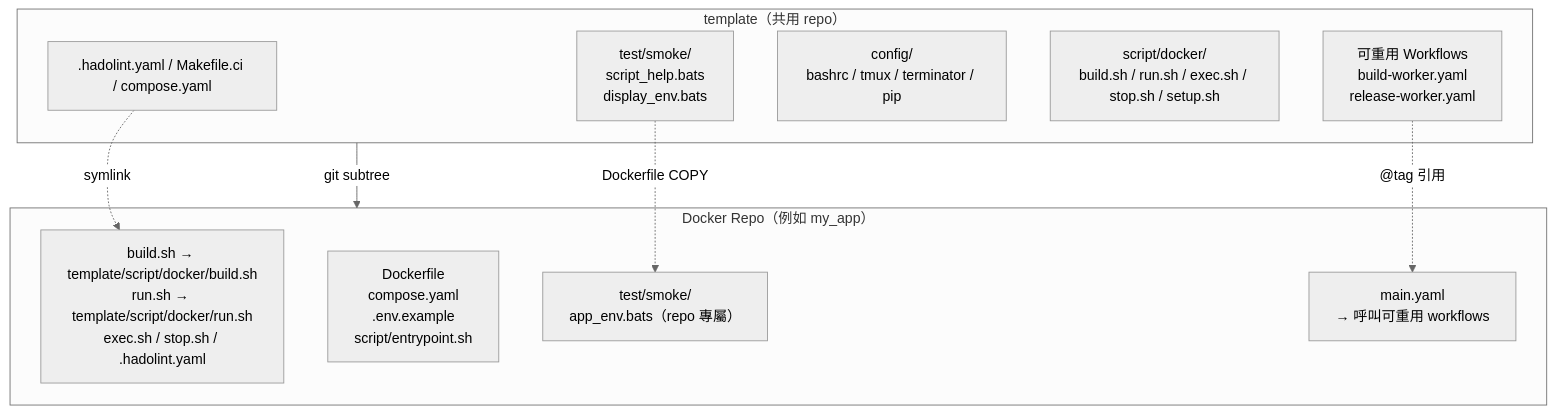
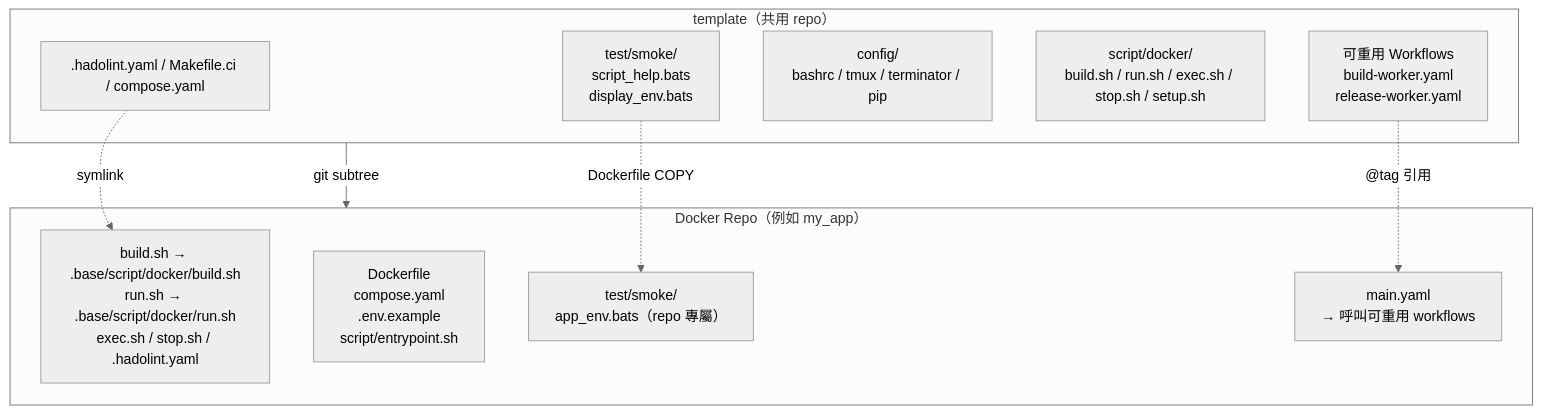
Before and after one commit to ycpss91255-docker/base: the first of 2 diagrams in doc/readme/README.zh-TW.md, drawn with Mermaid (neutral theme). The commit also changed other lines of this file and 37 other files, not shown here.

````diff
--- a/doc/readme/README.zh-TW.md
+++ b/doc/readme/README.zh-TW.md
@@ -56,22 +56,22 @@
 ```mermaid
 graph TB
     subgraph template["template（共用 repo）"]
         scripts[".hadolint.yaml / Makefile.ci / compose.yaml"]
         smoke["test/smoke/<br/>script_help.bats<br/>display_env.bats"]
         config["config/<br/>bashrc / tmux / terminator / pip"]
         mgmt["script/docker/<br/>build.sh / run.sh / exec.sh / stop.sh / setup.sh"]
         workflows["可重用 Workflows<br/>build-worker.yaml<br/>release-worker.yaml"]
     end
 
     subgraph consumer["Docker Repo（例如 my_app）"]
-        symlinks["build.sh → template/script/docker/build.sh<br/>run.sh → template/script/docker/run.sh<br/>exec.sh / stop.sh / .hadolint.yaml"]
+        symlinks["build.sh → .base/script/docker/build.sh<br/>run.sh → .base/script/docker/run.sh<br/>exec.sh / stop.sh / .hadolint.yaml"]
         dockerfile["Dockerfile<br/>compose.yaml<br/>.env.example<br/>script/entrypoint.sh"]
         repo_test["test/smoke/<br/>app_env.bats（repo 專屬）"]
         main_yaml["main.yaml<br/>→ 呼叫可重用 workflows"]
     end
 
     template -- "git subtree" --> consumer
     scripts -. "symlink" .-> symlinks
     smoke -. "Dockerfile COPY" .-> repo_test
     workflows -. "@tag 引用" .-> main_yaml
 ```
````
